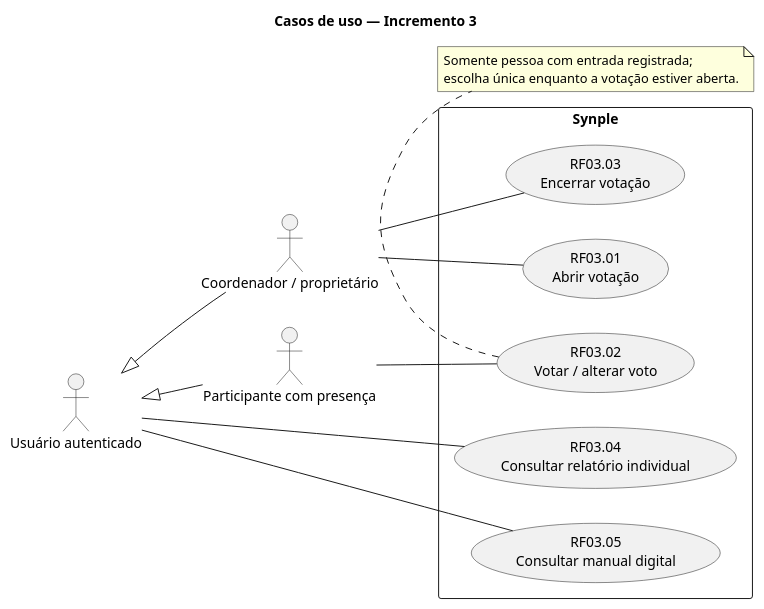
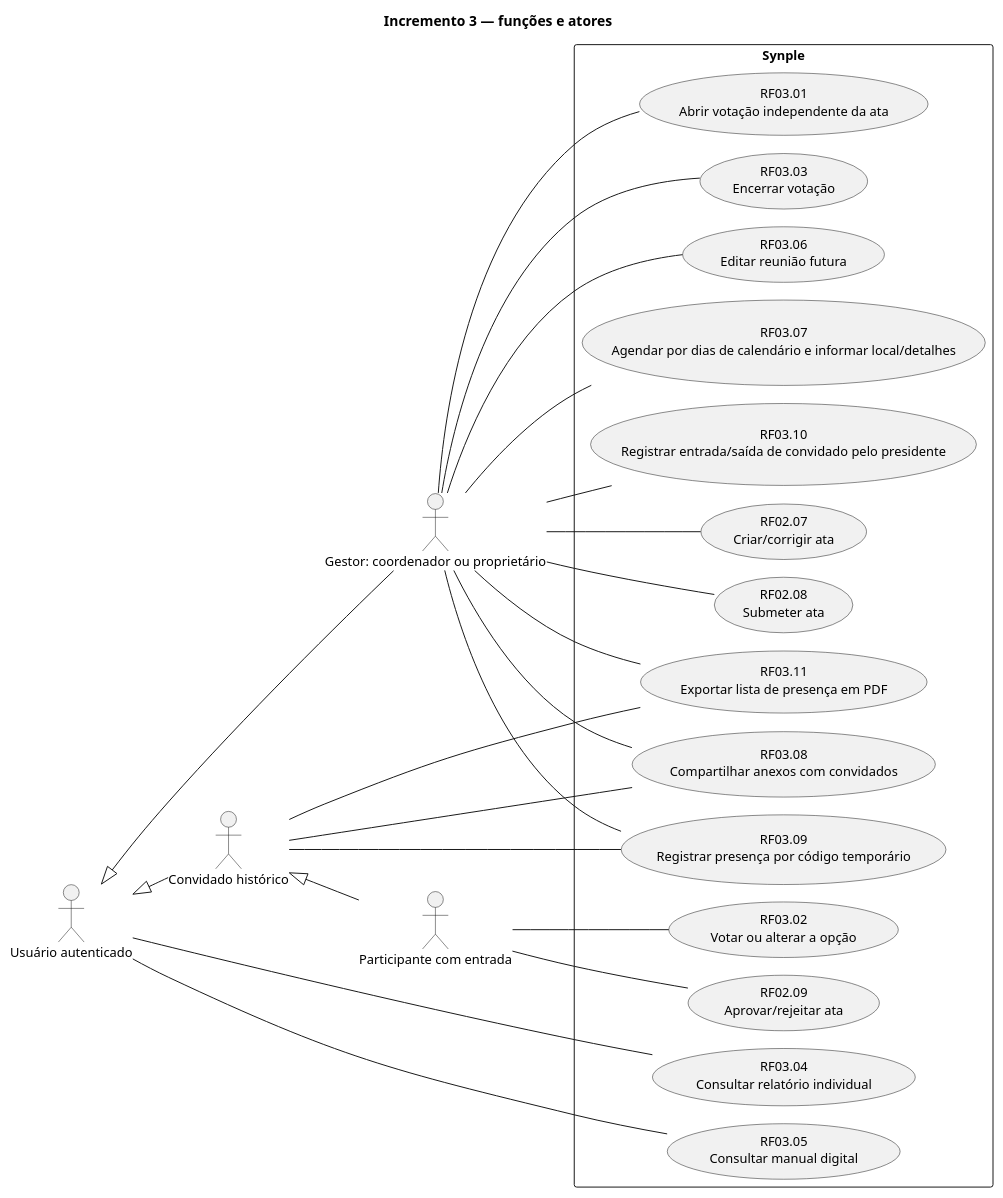
The diagram in docs/Diagramas/fontes/uc-incremento-3.puml (skzun/BRTPDS2), drawn with PlantUML before and after one commit. The commit also changed 2205 other files, not shown here.

```diff
--- a/docs/Diagramas/fontes/uc-incremento-3.puml
+++ b/docs/Diagramas/fontes/uc-incremento-3.puml
@@ -1,25 +1,47 @@
 @startuml
+!pragma layout smetana
+skinparam shadowing false
+skinparam defaultFontSize 13
 left to right direction
-title Casos de uso — Incremento 3
+title Incremento 3 — funções e atores
 actor "Usuário autenticado" as U
-actor "Coordenador / proprietário" as M
-actor "Participante com presença" as P
-U <|-- M
-U <|-- P
-rectangle "Synple" {
- usecase "RF03.01\nAbrir votação" as OPEN
- usecase "RF03.02\nVotar / alterar voto" as CAST
- usecase "RF03.03\nEncerrar votação" as CLOSE
- usecase "RF03.04\nConsultar relatório individual" as REPORT
- usecase "RF03.05\nConsultar manual digital" as MANUAL
+actor "Gestor: coordenador ou proprietário" as G
+actor "Convidado histórico" as C
+actor "Participante com entrada" as P
+U <|-- G
+U <|-- C
+C <|-- P
+rectangle Synple {
+usecase "RF03.01\nAbrir votação independente da ata" as RF03_01
+usecase "RF03.02\nVotar ou alterar a opção" as RF03_02
+usecase "RF03.03\nEncerrar votação" as RF03_03
+usecase "RF03.04\nConsultar relatório individual" as RF03_04
+usecase "RF03.05\nConsultar manual digital" as RF03_05
+usecase "RF03.06\nEditar reunião futura" as RF03_06
+usecase "RF03.07\nAgendar por dias de calendário e informar local/detalhes" as RF03_07
+usecase "RF03.08\nCompartilhar anexos com convidados" as RF03_08
+usecase "RF03.09\nRegistrar presença por código temporário" as RF03_09
+usecase "RF03.10\nRegistrar entrada/saída de convidado pelo presidente" as RF03_10
+usecase "RF03.11\nExportar lista de presença em PDF" as RF03_11
+usecase "RF02.07\nCriar/corrigir ata" as ATA
+usecase "RF02.08\nSubmeter ata" as SUB
+usecase "RF02.09\nAprovar/rejeitar ata" as DEC
 }
-M -- OPEN
-M -- CLOSE
-P -- CAST
-U -- REPORT
-U -- MANUAL
-note bottom of CAST
-Somente pessoa com entrada registrada;
-escolha única enquanto a votação estiver aberta.
-end note
+G -- RF03_01
+P -- RF03_02
+G -- RF03_03
+U -- RF03_04
+U -- RF03_05
+G -- RF03_06
+G -- RF03_07
+G -- RF03_08
+C -- RF03_08
+G -- RF03_09
+C -- RF03_09
+G -- RF03_10
+C -- RF03_11
+G -- RF03_11
+G -- ATA
+G -- SUB
+P -- DEC
 @enduml
```
